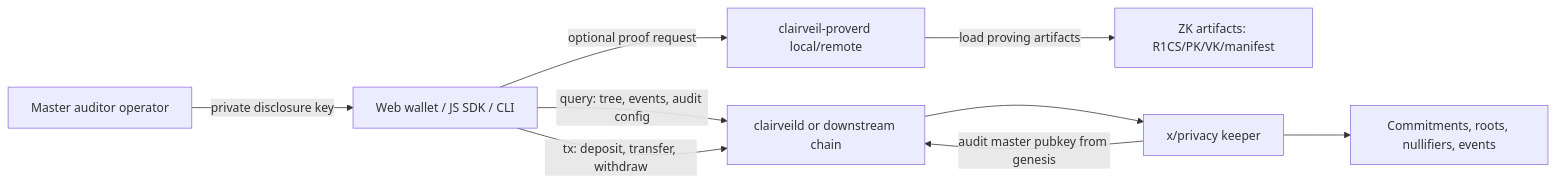
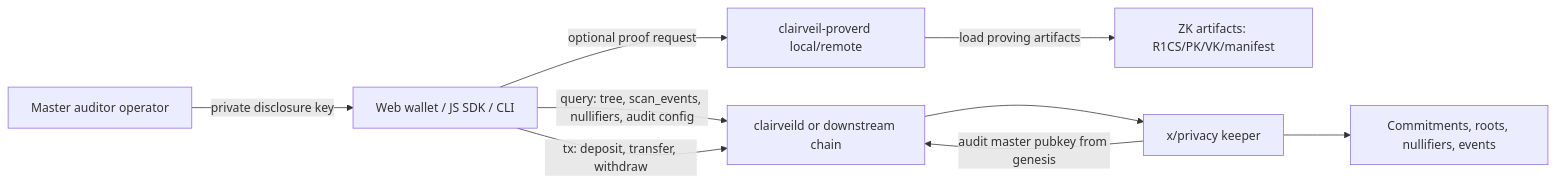
One commit to DELIGHT-LABS/clairveil changed the diagram in docs/clairveil-threat-model-kr.md. Above: the diagram before and after it, drawn with Mermaid. The commit also changed other lines of this file and 75 other files, not shown here.

````diff
--- a/docs/clairveil-threat-model-kr.md
+++ b/docs/clairveil-threat-model-kr.md
@@ -16,11 +16,11 @@
 ```mermaid
 flowchart LR
-  Wallet["Web wallet / JS SDK / CLI"] -->|"query: tree, events, audit config"| Node["clairveild or downstream chain"]
+  Wallet["Web wallet / JS SDK / CLI"] -->|"query: tree, scan_events, nullifiers, audit config"| Node["clairveild or downstream chain"]
   Wallet -->|"tx: deposit, transfer, withdraw"| Node
   Wallet -->|"optional proof request"| Prover["clairveil-proverd local/remote"]
   Prover -->|"load proving artifacts"| Artifacts["ZK artifacts: R1CS/PK/VK/manifest"]
   Node --> Privacy["x/privacy keeper"]
   Privacy --> State["Commitments, roots, nullifiers, events"]
   Auditor["Master auditor operator"] -->|"private disclosure key"| Wallet
   Privacy -->|"audit master pubkey from genesis"| Node
 ```
````
